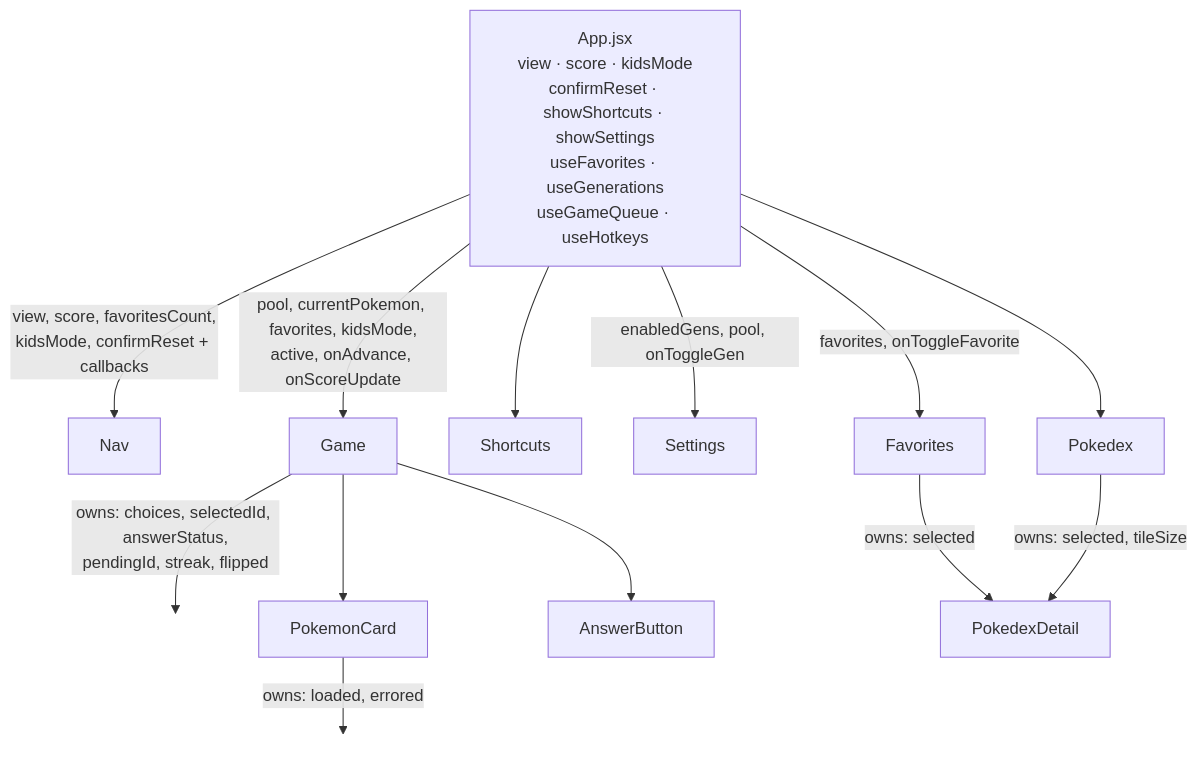
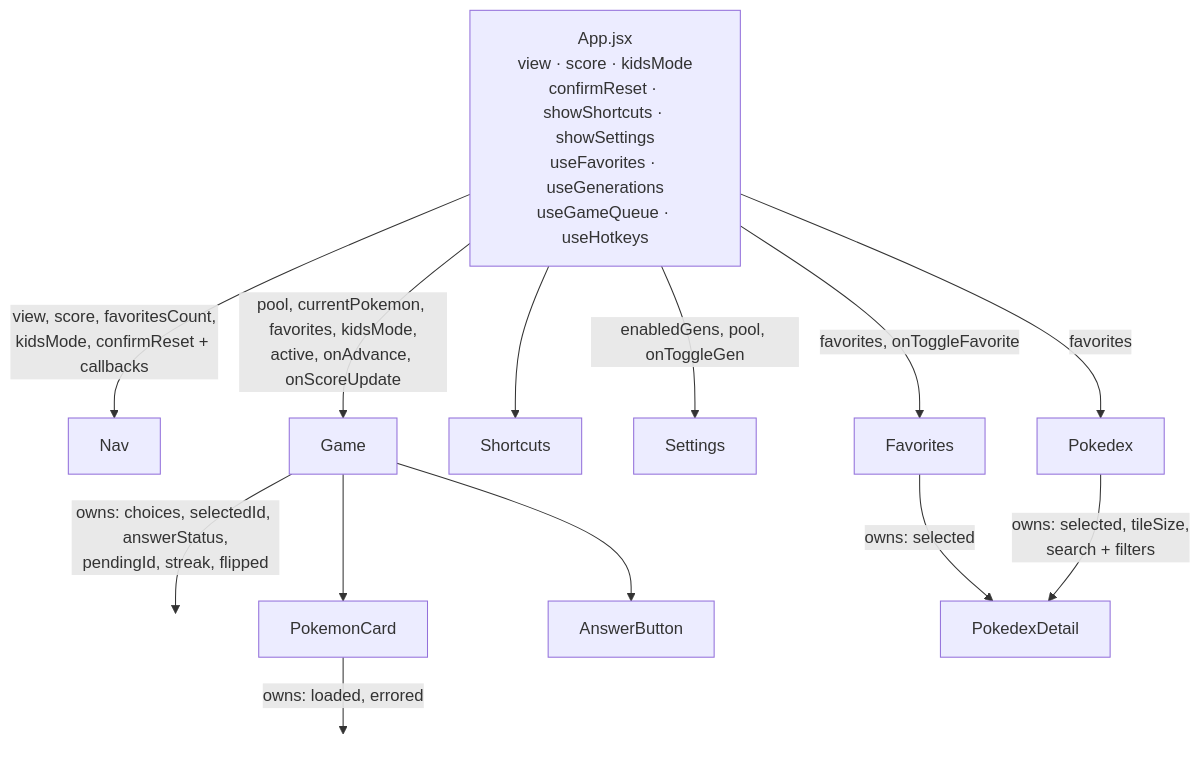
One commit to shaneo711/pokemon-picker changed the first of 2 diagrams in docs/ARCHITECTURE.md. Above: the diagram before and after it, drawn with Mermaid. The commit also changed other lines of this file and 4 other files, not shown here.

Commit message:
Add pokedex filtering and search

````diff
--- a/docs/ARCHITECTURE.md
+++ b/docs/ARCHITECTURE.md
@@ -123,23 +124,23 @@
 ```mermaid
 graph TD
     App["App.jsx<br/>view · score · kidsMode<br/>confirmReset · showShortcuts · showSettings<br/>useFavorites · useGenerations<br/>useGameQueue · useHotkeys"]
 
     App -->|view, score, favoritesCount,<br/>kidsMode, confirmReset + callbacks| Nav
     App -->|pool, currentPokemon, favorites, kidsMode,<br/>active, onAdvance, onScoreUpdate| Game
     App --> Shortcuts
     App -->|enabledGens, pool, onToggleGen| Settings
     App -->|favorites, onToggleFavorite| Favorites
-    App --> Pokedex
+    App -->|favorites| Pokedex
 
     Game -->|owns: choices, selectedId, answerStatus,<br/>pendingId, streak, flipped| GameState[" "]
     Game --> PokemonCard
     Game --> AnswerButton
 
     PokemonCard -->|owns: loaded, errored| CardState[" "]
 
     Favorites -->|owns: selected| PokedexDetail
-    Pokedex -->|owns: selected, tileSize| PokedexDetail
+    Pokedex -->|owns: selected, tileSize,<br/>search + filters| PokedexDetail
 
     style GameState fill:none,stroke:none
     style CardState fill:none,stroke:none
 ```
````
